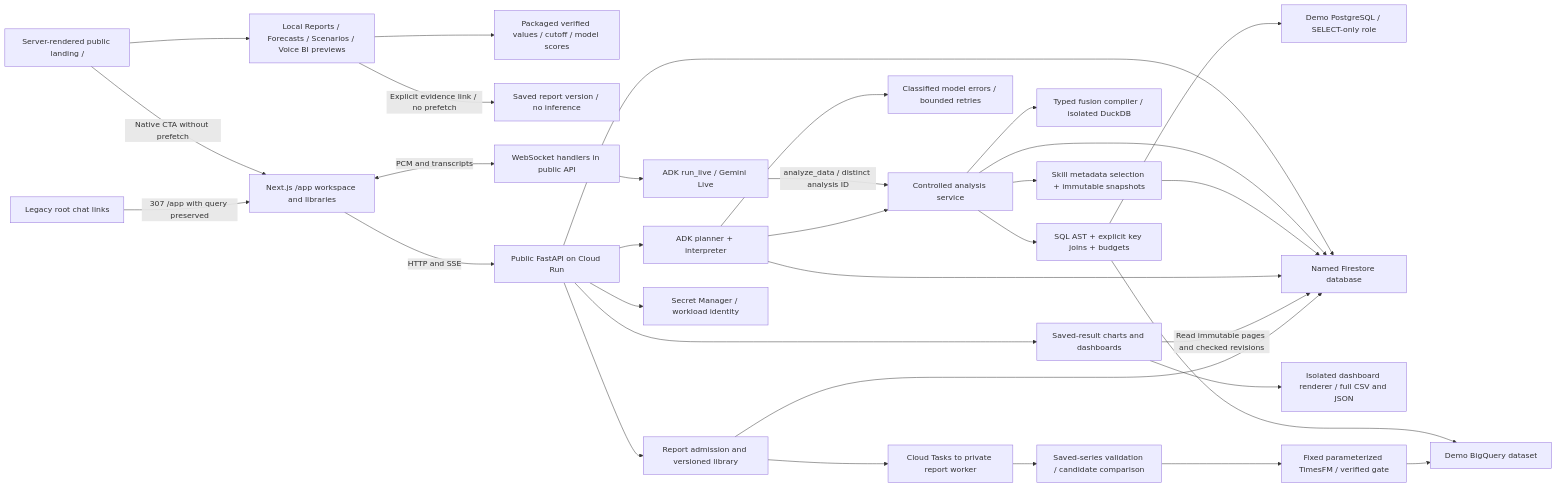
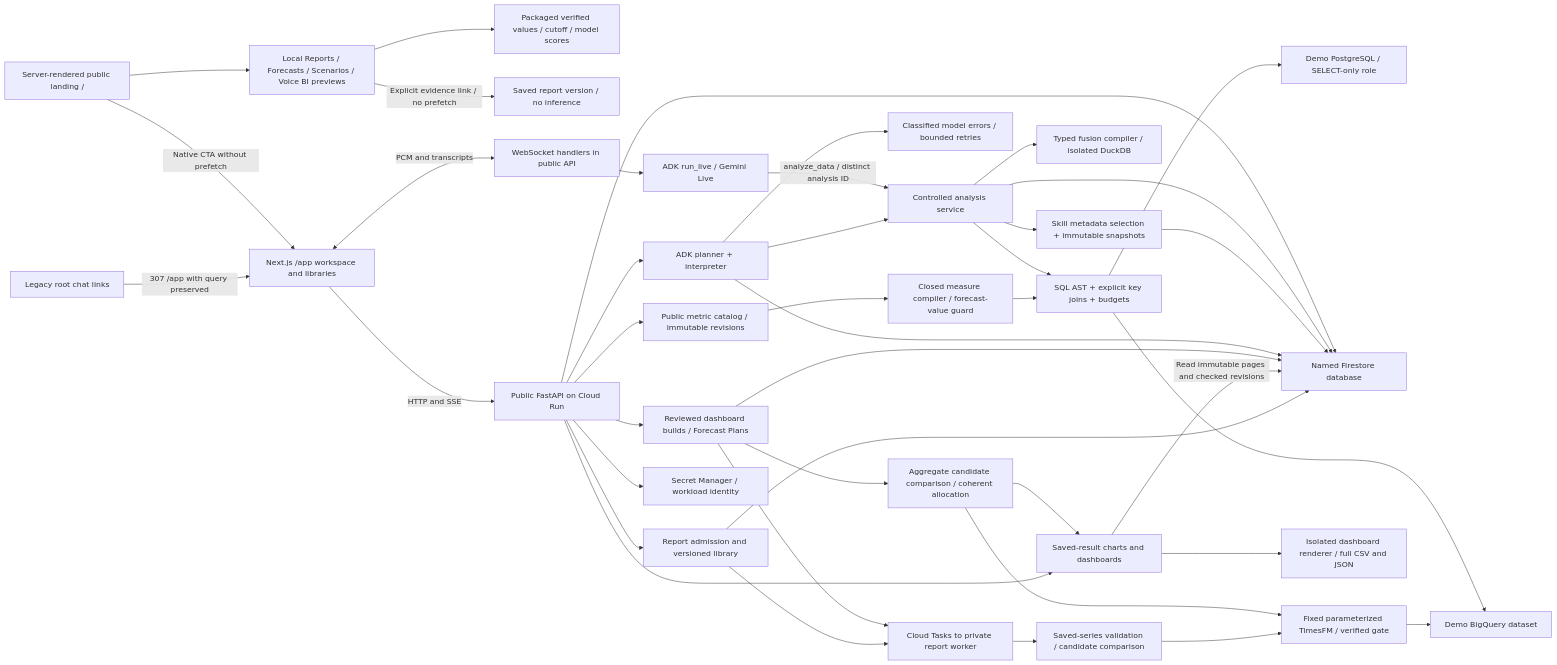
Before and after one commit to RusiruChathushanaka/querylane-agentic-bi: the diagram in docs/graphify/application.mmd, drawn with Mermaid. The commit also changed 114 other files, not shown here.

First line of the commit message:
Add public metrics, AI dashboards and coherent forecast plans

```diff
--- a/docs/graphify/application.mmd
+++ b/docs/graphify/application.mmd
@@ -1,32 +1,41 @@
 flowchart LR
     Landing[Server-rendered public landing /] -->|Native CTA without prefetch| Browser[Next.js /app workspace and libraries]
     Landing --> Preview[Local Reports / Forecasts / Scenarios / Voice BI previews]
     Preview --> Fixture[Packaged verified values / cutoff / model scores]
     Preview -->|Explicit evidence link / no prefetch| Version[Saved report version / no inference]
     Legacy[Legacy root chat links] -->|307 /app with query preserved| Browser
     Browser -->|HTTP and SSE| API[Public FastAPI on Cloud Run]
     Browser <-->|PCM and transcripts| Voice[WebSocket handlers in public API]
     API --> ADK[ADK planner + interpreter]
     Voice --> Live[ADK run_live / Gemini Live]
     Live -->|analyze_data / distinct analysis ID| Analysis[Controlled analysis service]
     ADK --> Failures[Classified model errors / bounded retries]
     ADK --> Analysis
     Analysis --> Guard[SQL AST + explicit key joins + budgets]
     Guard --> BQ[Demo BigQuery dataset]
     Guard --> PG[Demo PostgreSQL / SELECT-only role]
     Analysis --> Fusion[Typed fusion compiler / isolated DuckDB]
     API --> Store[Named Firestore database]
     Analysis --> Store
     Analysis --> Skills[Skill metadata selection + immutable snapshots]
     Skills --> Store
     ADK --> Store
+    API --> Metrics[Public metric catalog / immutable revisions]
+    Metrics --> Compiler[Closed measure compiler / forecast-value guard]
+    Compiler --> Guard
+    API --> Planning[Reviewed dashboard builds / Forecast Plans]
+    Planning --> Dispatch
+    Planning --> Store
+    Planning --> Coherent[Aggregate candidate comparison / coherent allocation]
+    Coherent --> TimesFM
+    Coherent --> Saved
     API --> Saved[Saved-result charts and dashboards]
     Saved -->|Read immutable pages and checked revisions| Store
     Saved --> Export[Isolated dashboard renderer / full CSV and JSON]
     API --> Reports[Report admission and versioned library]
     Reports --> Store
     Reports --> Dispatch[Cloud Tasks to private report worker]
     Dispatch --> Comparison[Saved-series validation / candidate comparison]
     Comparison --> TimesFM[Fixed parameterized TimesFM / verified gate]
     TimesFM --> BQ
     API --> Secrets[Secret Manager / workload identity]
```
